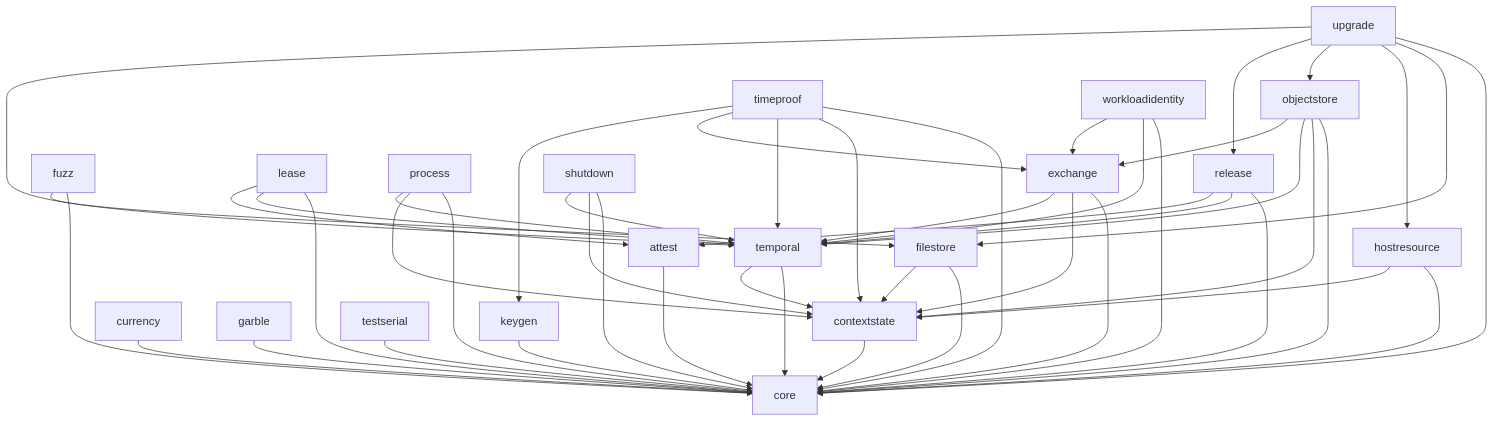
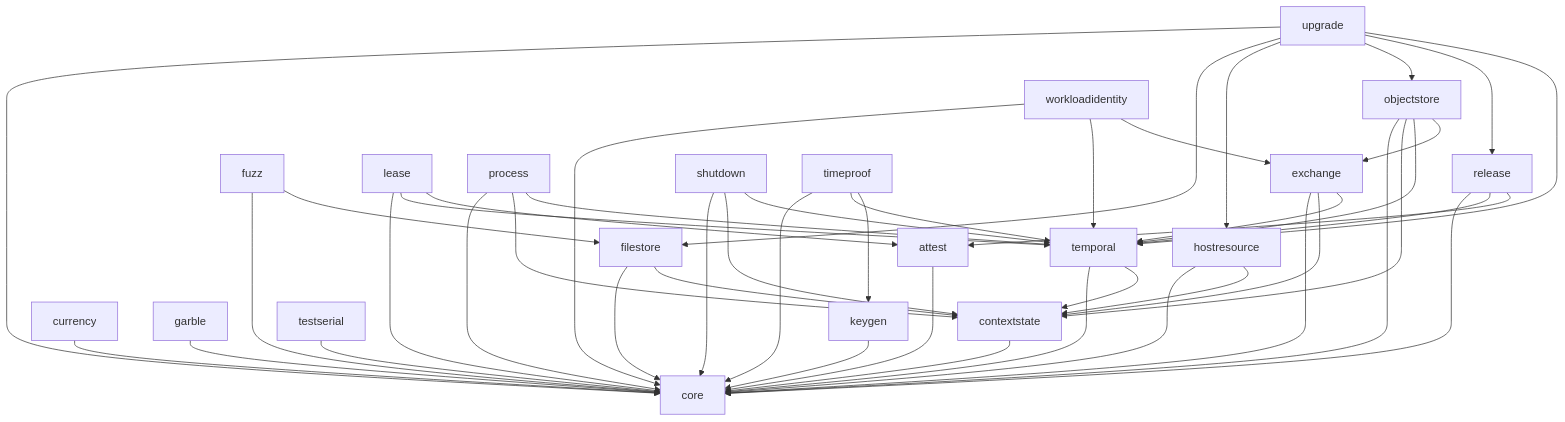
Before and after one commit to deliri/primitive: the diagram in README.md, drawn with Mermaid. The commit also changed 27 other files, not shown here.

````diff
--- a/README.md
+++ b/README.md
@@ -26,56 +26,54 @@
 ```mermaid
 flowchart TD
     core[core]
 
     attest[attest] --> core
     contextstate[contextstate] --> core
     currency[currency] --> core
     garble[garble] --> core
     keygen[keygen] --> core
     testserial[testserial] --> core
 
     filestore[filestore] --> core
     filestore --> contextstate
     hostresource[hostresource] --> core
     hostresource --> contextstate
     temporal[temporal] --> core
     temporal --> contextstate
 
     exchange[exchange] --> core
     exchange --> contextstate
     exchange --> temporal
     fuzz[fuzz] --> core
     fuzz --> filestore
     lease[lease] --> core
     lease --> temporal
     lease --> attest
     process[process] --> core
     process --> contextstate
     process --> temporal
     release[release] --> core
     release --> temporal
     release --> attest
     shutdown[shutdown] --> core
     shutdown --> contextstate
     shutdown --> temporal
 
     objectstore[objectstore] --> core
     objectstore --> contextstate
     objectstore --> temporal
     objectstore --> exchange
     timeproof[timeproof] --> core
-    timeproof --> contextstate
     timeproof --> temporal
-    timeproof --> exchange
     timeproof --> keygen
     workloadidentity[workloadidentity] --> core
     workloadidentity --> temporal
     workloadidentity --> exchange
 
     upgrade[upgrade] --> core
     upgrade --> filestore
     upgrade --> hostresource
     upgrade --> objectstore
     upgrade --> release
     upgrade --> temporal
 ```
````
